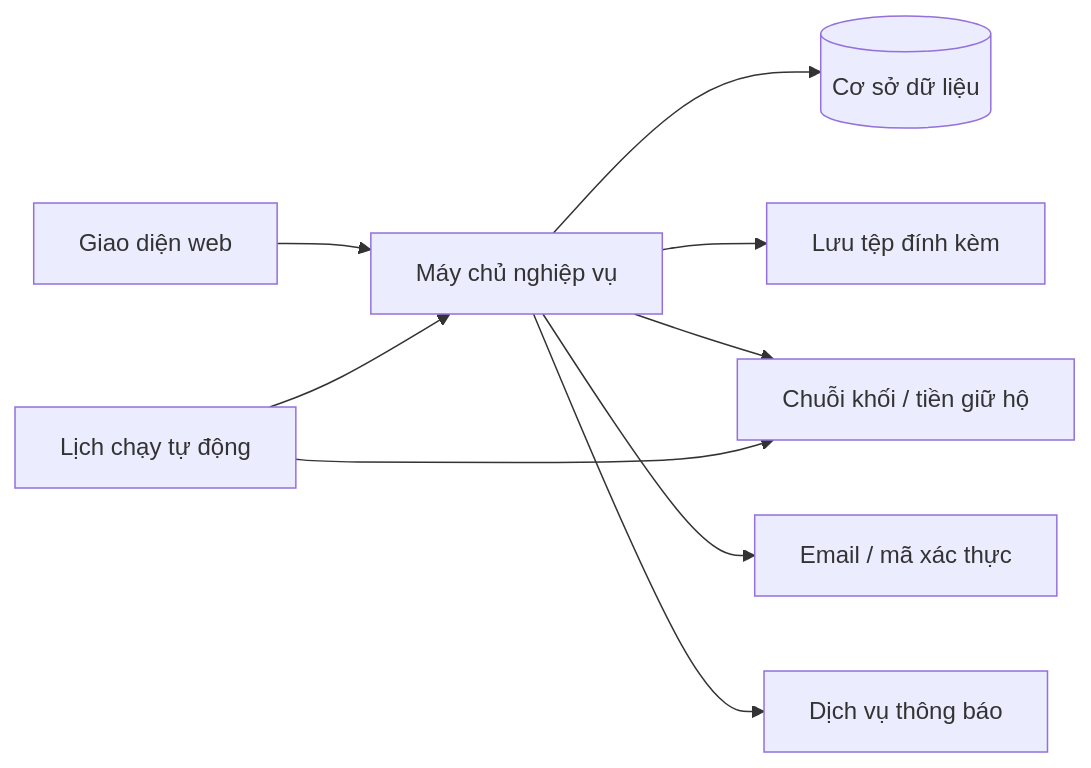
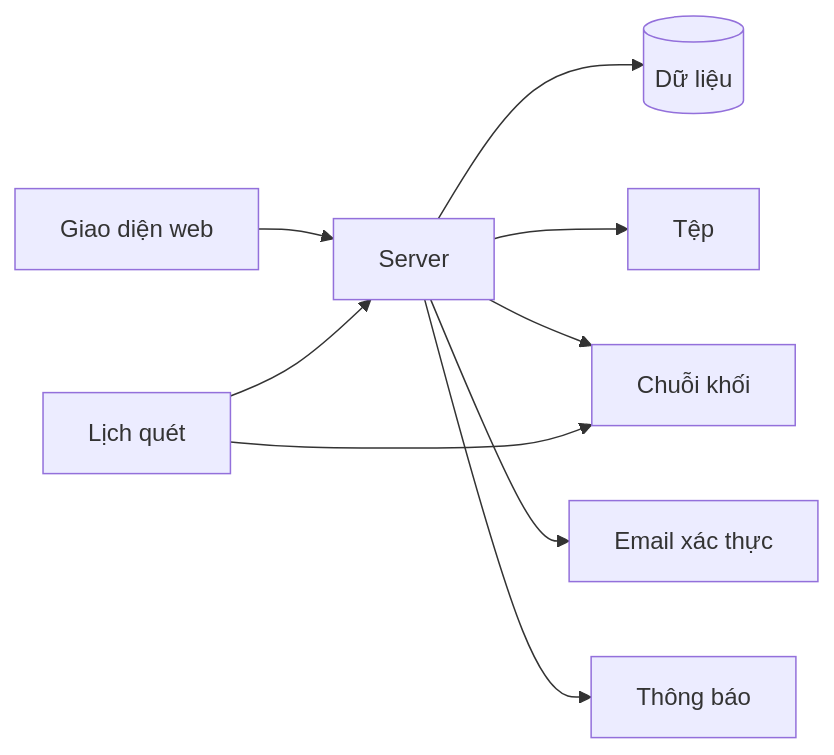
Before and after one commit to dmt041104111003/docs-nckh: the second of 4 diagrams in system.md, drawn with Mermaid. The commit also changed other lines of this file and 8 other files, not shown here.

````diff
--- a/system.md
+++ b/system.md
@@ -44,11 +39,11 @@
 ```mermaid
 flowchart LR
-  Web[Giao diện web] --> API[Máy chủ nghiệp vụ]
-  API --> DB[(Cơ sở dữ liệu)]
-  API --> File[Lưu tệp đính kèm]
-  API --> Chain[Chuỗi khối / tiền giữ hộ]
-  API --> Mail[Email / mã xác thực]
-  API --> TB[Dịch vụ thông báo]
-  Hen[Lịch chạy tự động] --> API
+  Web[Giao diện web] --> API[Server]
+  API --> DB[(Dữ liệu)]
+  API --> File[Tệp]
+  API --> Chain[Chuỗi khối]
+  API --> Mail[Email xác thực]
+  API --> TB[Thông báo]
+  Hen[Lịch quét] --> API
   Hen --> Chain
 ```
````
